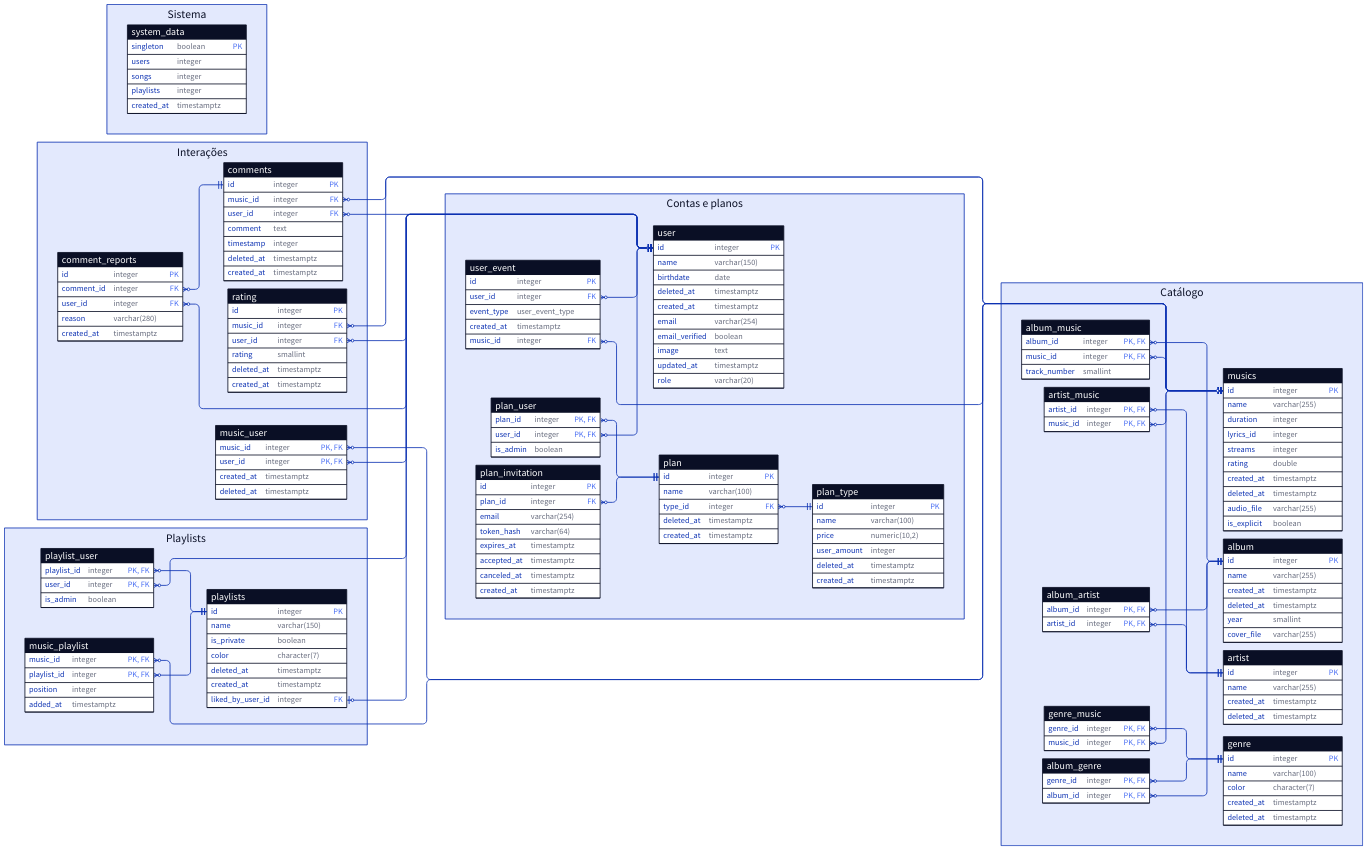
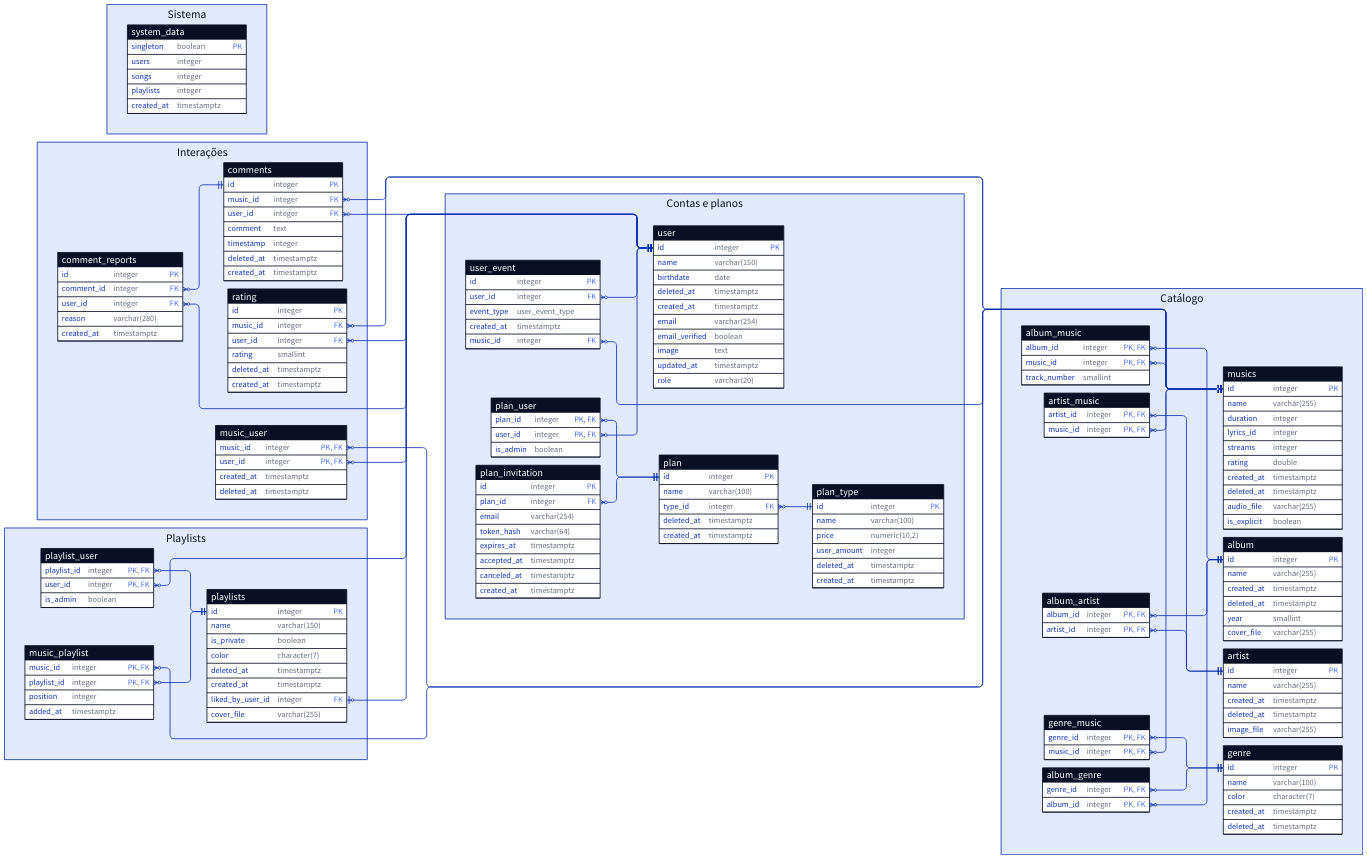
Before and after one commit to Warphn/Zovic: the diagram in docs/assets/modelo-er-gerado.d2, drawn with D2. The commit also changed 1 other file, not shown here.

Commit message:
chore(db): atualiza diagrama ER gerado

```diff
--- a/docs/assets/modelo-er-gerado.d2
+++ b/docs/assets/modelo-er-gerado.d2
@@ -88,6 +88,7 @@
     name: "varchar(255)"
     created_at: "timestamptz"
     deleted_at: "timestamptz"
+    image_file: "varchar(255)"
   }
   genre: {
     shape: sql_table
@@ -135,6 +136,7 @@
     deleted_at: "timestamptz"
     created_at: "timestamptz"
     liked_by_user_id: "integer" {constraint: [foreign_key]}
+    cover_file: "varchar(255)"
   }
   playlist_user: {
     shape: sql_table
```
